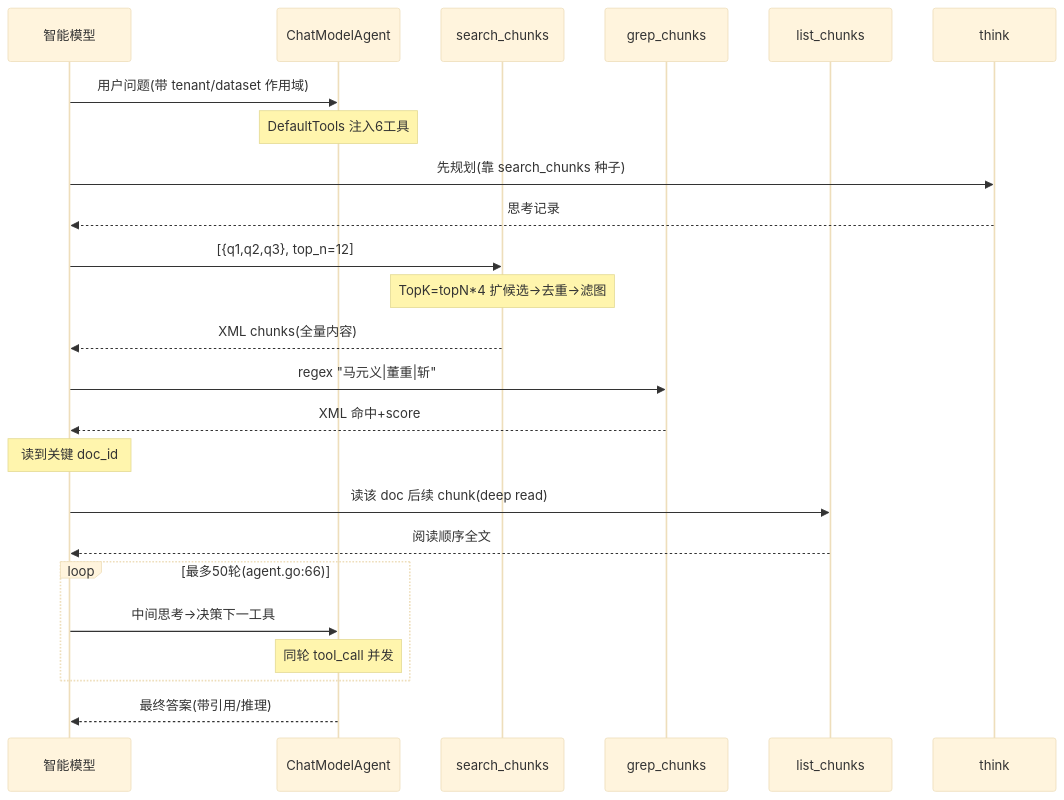
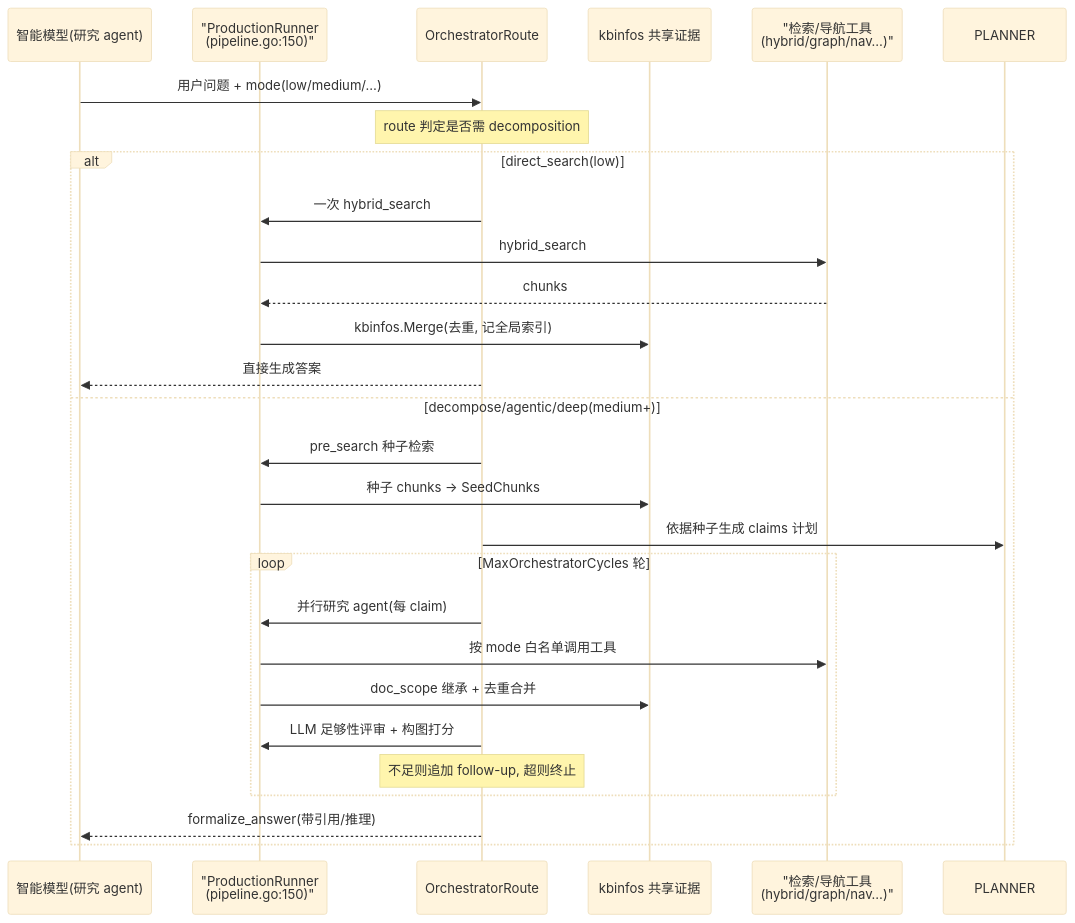
Before and after one commit to morehao/oss-insights: the second of 3 diagrams in ai-agent/ragflow/rag-pipeline.md, drawn with Mermaid (base theme). The commit also changed other lines of this file and 15 other files, not shown here.

````diff
--- a/ai-agent/ragflow/rag-pipeline.md
+++ b/ai-agent/ragflow/rag-pipeline.md
@@ -214,27 +220,30 @@
 ```mermaid
 sequenceDiagram
-    participant M as 智能模型
-    participant AG as ChatModelAgent
-    participant SC as search_chunks
-    participant GC as grep_chunks
-    participant LC as list_chunks
-    participant TK as think
+    participant M as 智能模型(研究 agent)
+    participant PP as "ProductionRunner<br>(pipeline.go:150)"
+    participant OR as OrchestratorRoute
+    participant KB as kbinfos 共享证据
+    participant SE as "检索/导航工具<br>(hybrid/graph/nav…)"
 
-    M->>AG: 用户问题(带 tenant/dataset 作用域)
-    Note over AG: DefaultTools 注入6工具
-    M->>TK: 先规划(靠 search_chunks 种子)
-    TK-->>M: 思考记录
-    M->>SC: [{q1,q2,q3}, top_n=12]
-    Note over SC: TopK=topN*4 扩候选->去重->滤图
-    SC-->>M: XML chunks(全量内容)
-    M->>GC: regex "马元义|董重|斩"
-    GC-->>M: XML 命中+score
-    Note over M: 读到关键 doc_id
-    M->>LC: 读该 doc 后续 chunk(deep read)
-    LC-->>M: 阅读顺序全文
-    Loop 最多50轮(agent.go:66)
-        M->>AG: 中间思考->决策下一工具
-        Note over AG: 同轮 tool_call 并发
+    M->>OR: 用户问题 + mode(low/medium/…)
+    Note over OR: route 判定是否需 decomposition
+    alt direct_search(low)
+        OR->>PP: 一次 hybrid_search
+        PP->>SE: hybrid_search
+        SE-->>PP: chunks
+        PP->>KB: kbinfos.Merge(去重, 记全局索引)
+        OR-->>M: 直接生成答案
+    else decompose/agentic/deep(medium+)
+        OR->>PP: pre_search 种子检索
+        PP->>KB: 种子 chunks -> SeedChunks
+        OR->>PLANNER: 依据种子生成 claims 计划
+        Loop MaxOrchestratorCycles 轮
+            OR->>PP: 并行研究 agent(每 claim)
+            PP->>SE: 按 mode 白名单调用工具
+            PP->>KB: doc_scope 继承 + 去重合并
+            OR->>PP: LLM 足够性评审 + 构图打分
+            Note over OR: 不足则追加 follow-up, 超则终止
+        end
+        OR-->>M: formalize_answer(带引用/推理)
     end
-    AG-->>M: 最终答案(带引用/推理)
 ```
````
